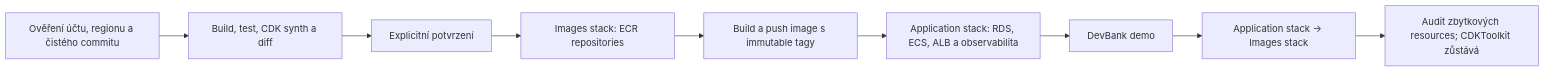
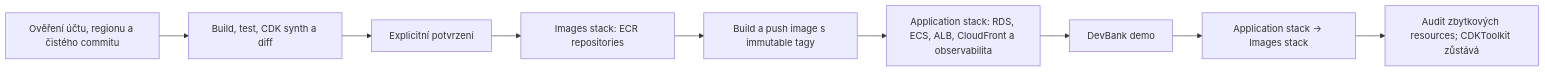
The diagram in docs/aws-deployment-plan.md (matyzatka/devbank-loan-platform), drawn with Mermaid before and after one commit. The commit also changed other lines of this file and 6 other files, not shown here.

Commit message:
Add CloudFront HTTPS edge

````diff
--- a/docs/aws-deployment-plan.md
+++ b/docs/aws-deployment-plan.md
@@ -15,11 +15,11 @@
 ```mermaid
 flowchart LR
     PRE["Ověření účtu, regionu a čistého commitu"] --> SYNTH["Build, test, CDK synth a diff"]
     SYNTH --> CONFIRM["Explicitní potvrzení"]
     CONFIRM --> ECR["Images stack: ECR repositories"]
     ECR --> PUSH["Build a push image s immutable tagy"]
-    PUSH --> APP["Application stack: RDS, ECS, ALB a observabilita"]
+    PUSH --> APP["Application stack: RDS, ECS, ALB, CloudFront a observabilita"]
     APP --> DEMO["DevBank demo"]
     DEMO --> DESTROY["Application stack → Images stack"]
     DESTROY --> AUDIT["Audit zbytkových resources; CDKToolkit zůstává"]
 ```
````
